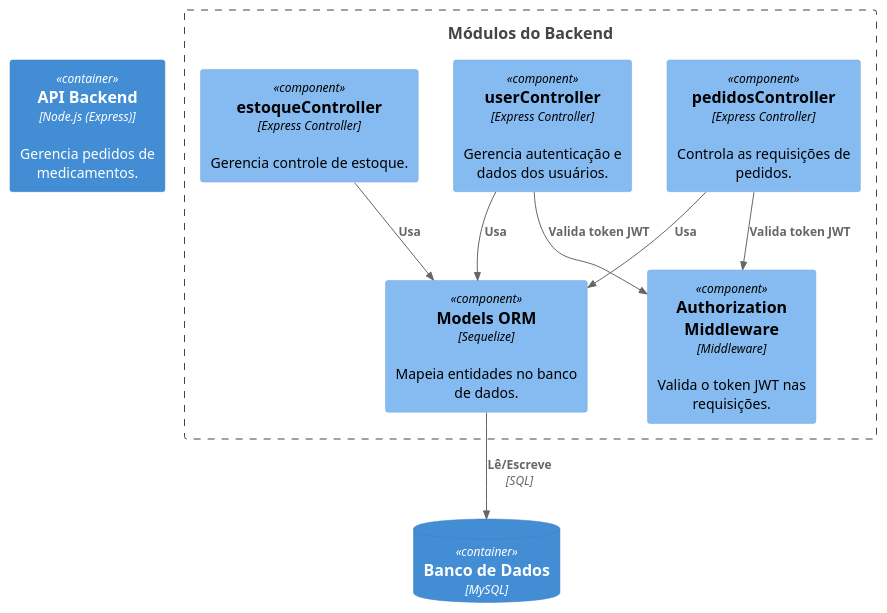
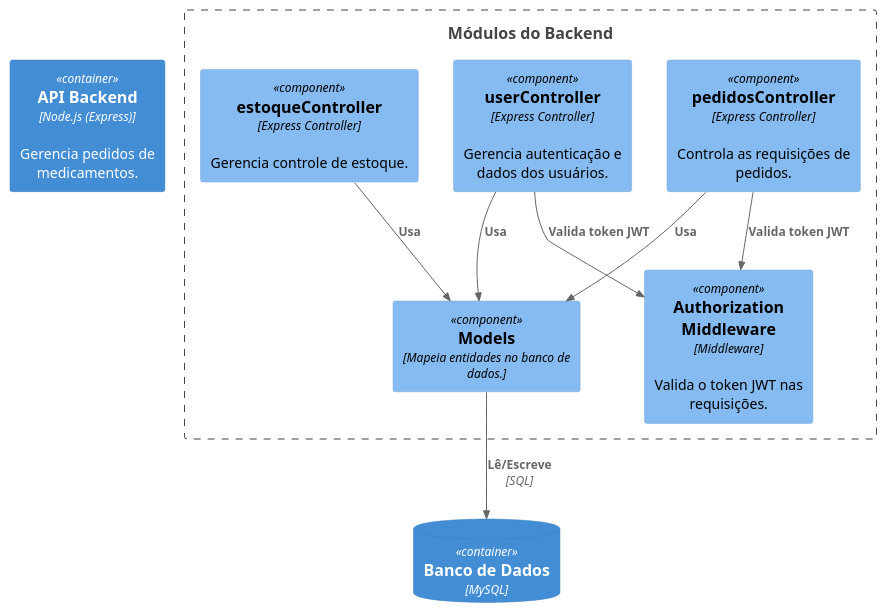
One commit to Leonardo-Kotcheski-Filipiaki/tele-remedio changed the diagram in docs/Diagramas/diagrama-nivel-componente.puml. Above: the diagram before and after it, drawn with PlantUML. The commit also changed 1 other file, not shown here.

Commit message:
att:diagramas

```diff
--- a/docs/Diagramas/diagrama-nivel-componente.puml
+++ b/docs/Diagramas/diagrama-nivel-componente.puml
@@ -1,22 +1,22 @@
 @startuml c4-component
 !includeurl https://raw.githubusercontent.com/plantuml-stdlib/C4-PlantUML/master/C4_Component.puml
 
 Container(api, "API Backend", "Node.js (Express)", "Gerencia pedidos de medicamentos.")
 ContainerDb(db, "Banco de Dados", "MySQL")
 
 Boundary(apiBoundary, "Módulos do Backend") {
   Component(controllerPedidos, "pedidosController", "Express Controller", "Controla as requisições de pedidos.")
   Component(controllerUsuarios, "userController", "Express Controller", "Gerencia autenticação e dados dos usuários.")
   Component(controllerEstoque, "estoqueController", "Express Controller", "Gerencia controle de estoque.")
   Component(middlewareJWT, "Authorization Middleware", "Middleware", "Valida o token JWT nas requisições.")
-  Component(models, "Models ORM", "Sequelize", "Mapeia entidades no banco de dados.")
+  Component(models, "Models", "Mapeia entidades no banco de dados.")
 }
 
 Rel(controllerPedidos, models, "Usa")
 Rel(controllerUsuarios, models, "Usa")
 Rel(controllerEstoque, models, "Usa")
 Rel(controllerPedidos, middlewareJWT, "Valida token JWT")
 Rel(controllerUsuarios, middlewareJWT, "Valida token JWT")
 Rel(models, db, "Lê/Escreve", "SQL")
 
 @enduml
```
